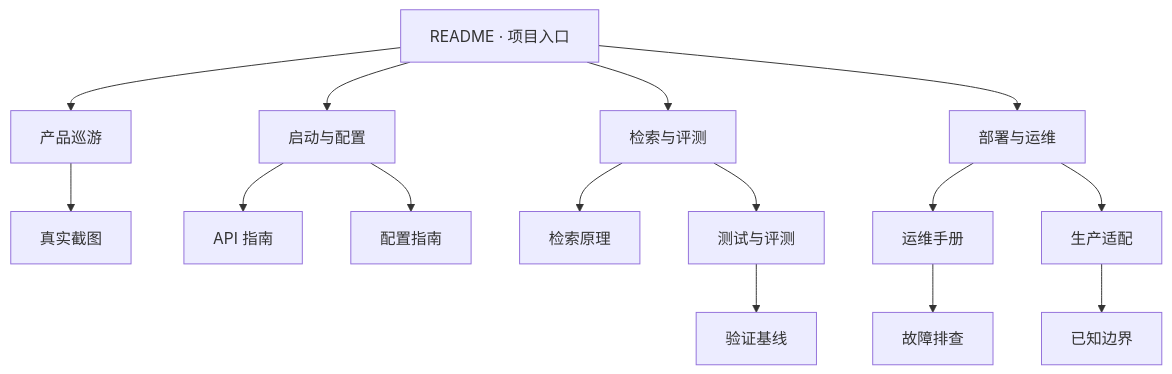
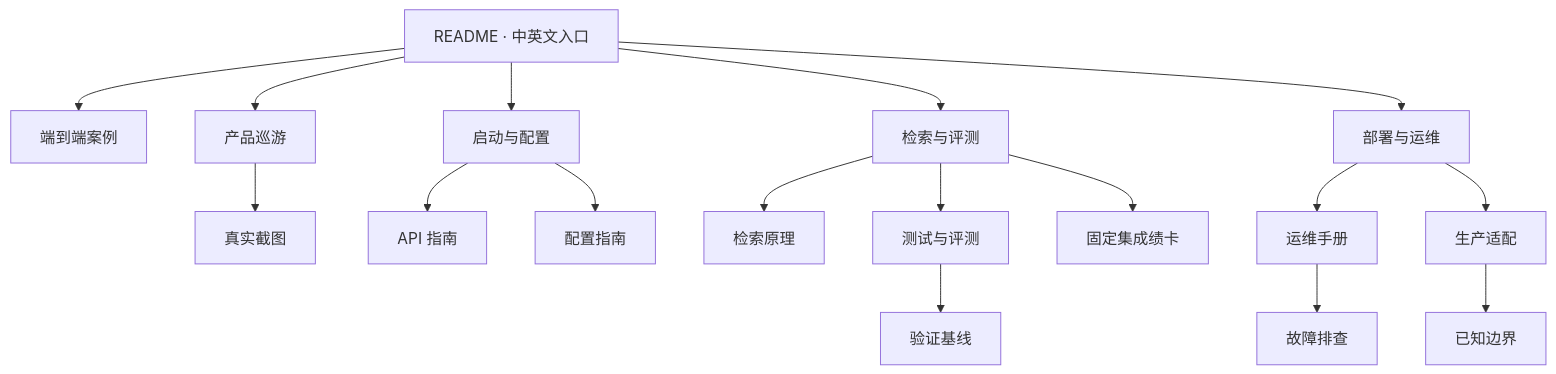
One commit to 728792899-create/personal-multimodal-rag changed the diagram in docs/README.md. Above: the diagram before and after it, drawn with Mermaid. The commit also changed other lines of this file and 27 other files, not shown here.

````diff
--- a/docs/README.md
+++ b/docs/README.md
@@ -53,17 +60,19 @@
 ```mermaid
 flowchart TB
-  HOME["README · 项目入口"] --> TOUR["产品巡游"]
+  HOME["README · 中英文入口"] --> CASE["端到端案例"]
+  HOME --> TOUR["产品巡游"]
   HOME --> START["启动与配置"]
   HOME --> TRUST["检索与评测"]
   HOME --> OPS["部署与运维"]
   TOUR --> SHOTS["真实截图"]
   START --> API["API 指南"]
   START --> CFG["配置指南"]
   TRUST --> RET["检索原理"]
   TRUST --> TEST["测试与评测"]
+  TRUST --> SCORE["固定集成绩卡"]
   OPS --> RUN["运维手册"]
   OPS --> PROD["生产适配"]
   TEST --> BASE["验证基线"]
   RUN --> TROUBLE["故障排查"]
   PROD --> LIMITS["已知边界"]
 ```
````
